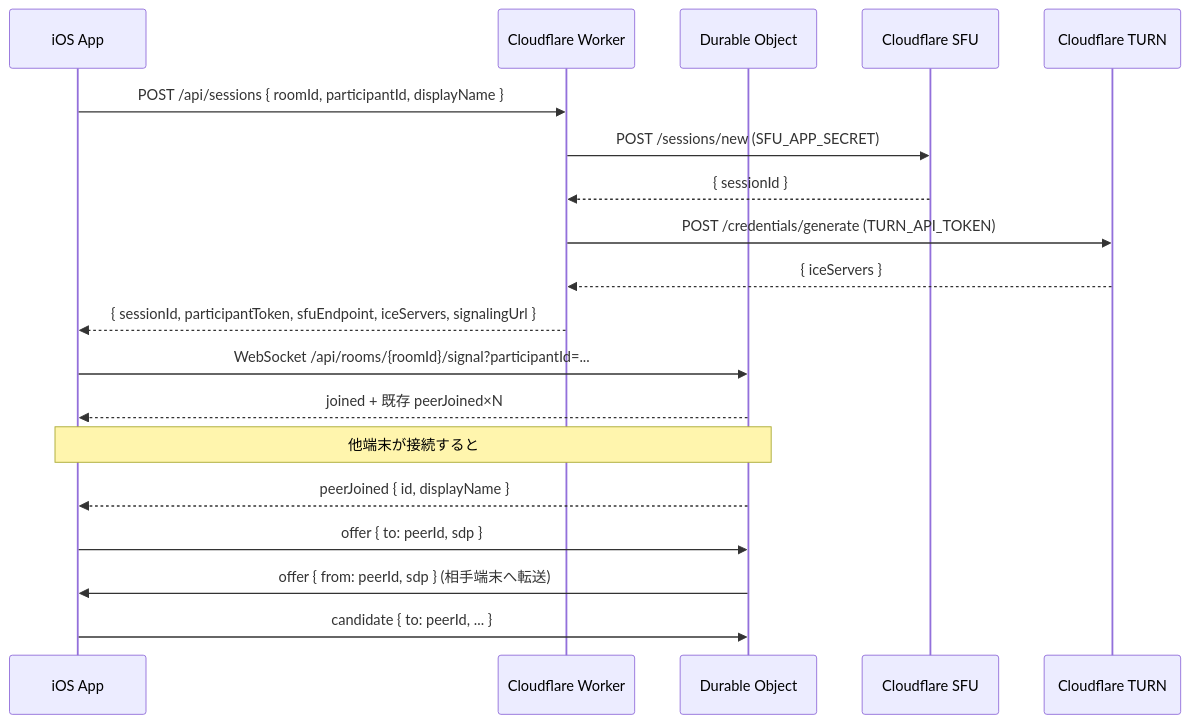
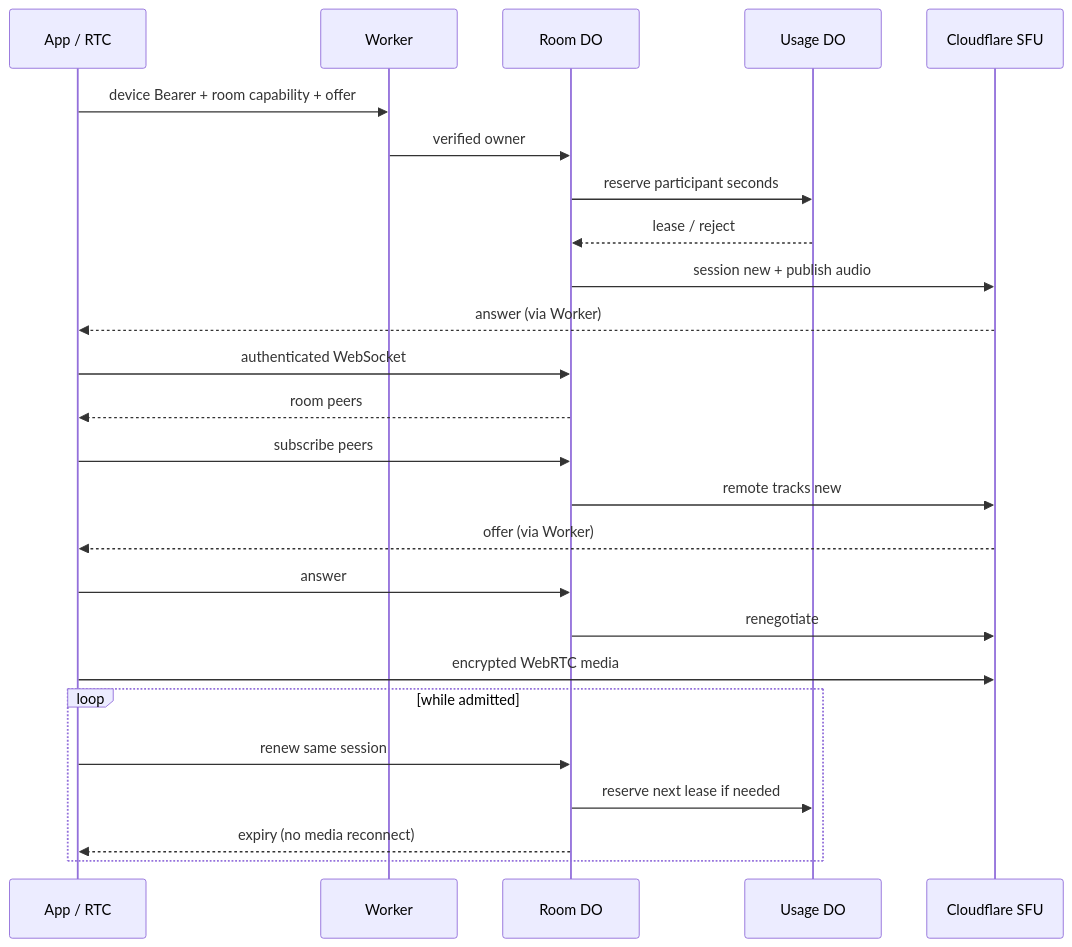
The diagram in docs/spec/server/Worker.md (eroccowaruico/RideIntercom), drawn with Mermaid before and after one commit. The commit also changed other lines of this file and 15 other files, not shown here.

````diff
--- a/docs/spec/server/Worker.md
+++ b/docs/spec/server/Worker.md
@@ -144,24 +16,27 @@
 ```mermaid
 sequenceDiagram
-    participant App as iOS App
-    participant Worker as Cloudflare Worker
-    participant DO as Durable Object
-    participant SFU as Cloudflare SFU
-    participant TURN as Cloudflare TURN
-
-    App->>Worker: POST /api/sessions { roomId, participantId, displayName }
-    Worker->>SFU: POST /sessions/new (SFU_APP_SECRET)
-    SFU-->>Worker: { sessionId }
-    Worker->>TURN: POST /credentials/generate (TURN_API_TOKEN)
-    TURN-->>Worker: { iceServers }
-    Worker-->>App: { sessionId, participantToken, sfuEndpoint, iceServers, signalingUrl }
-
-    App->>DO: WebSocket /api/rooms/{roomId}/signal?participantId=...
-    DO-->>App: joined + 既存 peerJoined×N
-
-    Note over App,DO: 他端末が接続すると
-    DO-->>App: peerJoined { id, displayName }
-    App->>DO: offer { to: peerId, sdp }
-    DO->>App: offer { from: peerId, sdp } (相手端末へ転送)
-    App->>DO: candidate { to: peerId, ... }
+    participant A as App / RTC
+    participant W as Worker
+    participant R as Room DO
+    participant U as Usage DO
+    participant S as Cloudflare SFU
+    A->>W: device Bearer + room capability + offer
+    W->>R: verified owner
+    R->>U: reserve participant seconds
+    U-->>R: lease / reject
+    R->>S: session new + publish audio
+    S-->>A: answer (via Worker)
+    A->>R: authenticated WebSocket
+    R-->>A: room peers
+    A->>R: subscribe peers
+    R->>S: remote tracks new
+    S-->>A: offer (via Worker)
+    A->>R: answer
+    R->>S: renegotiate
+    A->>S: encrypted WebRTC media
+    loop while admitted
+        A->>R: renew same session
+        R->>U: reserve next lease if needed
+        R-->>A: expiry (no media reconnect)
+    end
 ```
````
